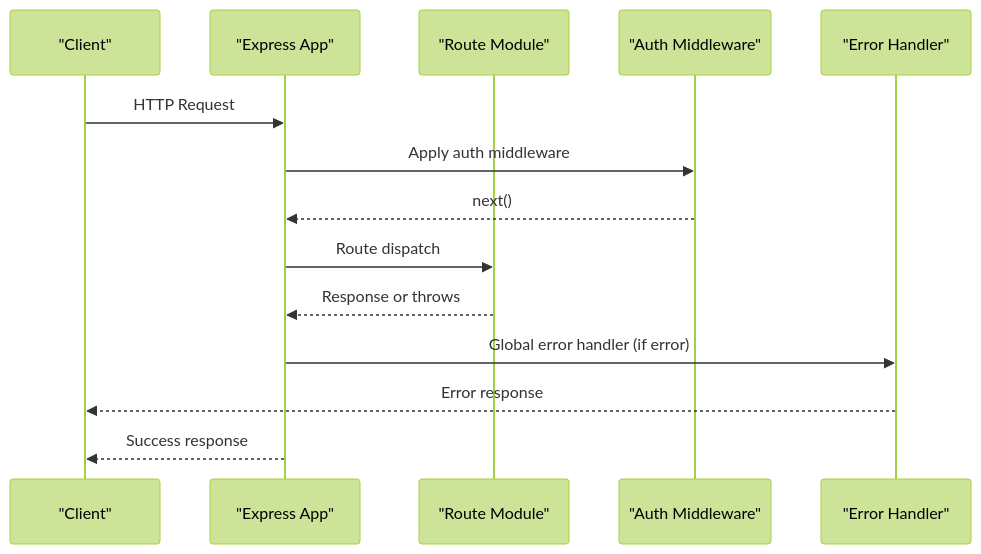
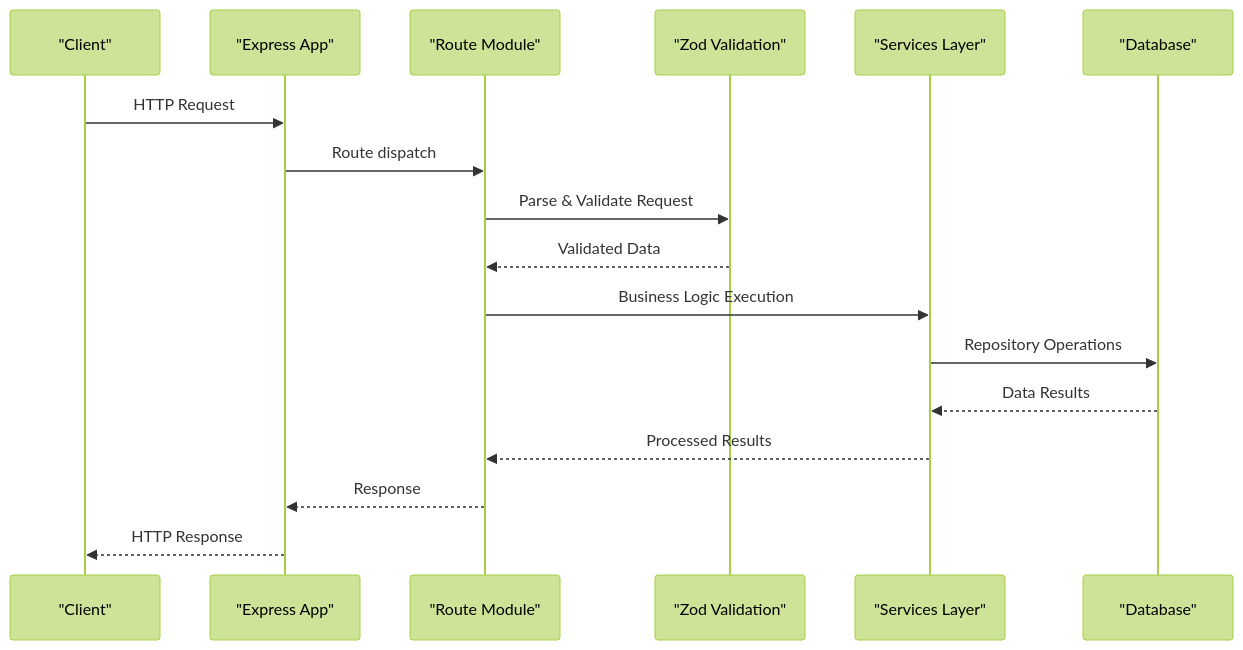
Before and after one commit to vishnusaibhosekar/ares: the second of 3 diagrams in .qoder/repowiki/en/content/API Reference/API Reference.md, drawn with Mermaid (forest theme). The commit also changed other lines of this file and 21 other files, not shown here.

Commit message:
feat: integrate Insforge SDK for database operations

````diff
--- a/.qoder/repowiki/en/content/API Reference/API Reference.md
+++ b/.qoder/repowiki/en/content/API Reference/API Reference.md
@@ -108,16 +116,19 @@
 ```mermaid
 sequenceDiagram
 participant C as "Client"
 participant E as "Express App"
 participant R as "Route Module"
-participant M1 as "Auth Middleware"
-participant M2 as "Error Handler"
+participant V as "Zod Validation"
+participant S as "Services Layer"
+participant DB as "Database"
 C->>E : HTTP Request
-E->>M1 : Apply auth middleware
-M1-->>E : next()
 E->>R : Route dispatch
-R-->>E : Response or throws
-E->>M2 : Global error handler (if error)
-M2-->>C : Error response
-E-->>C : Success response
+R->>V : Parse & Validate Request
+V-->>R : Validated Data
+R->>S : Business Logic Execution
+S->>DB : Repository Operations
+DB-->>S : Data Results
+S-->>R : Processed Results
+R-->>E : Response
+E-->>C : HTTP Response
 ```
````
